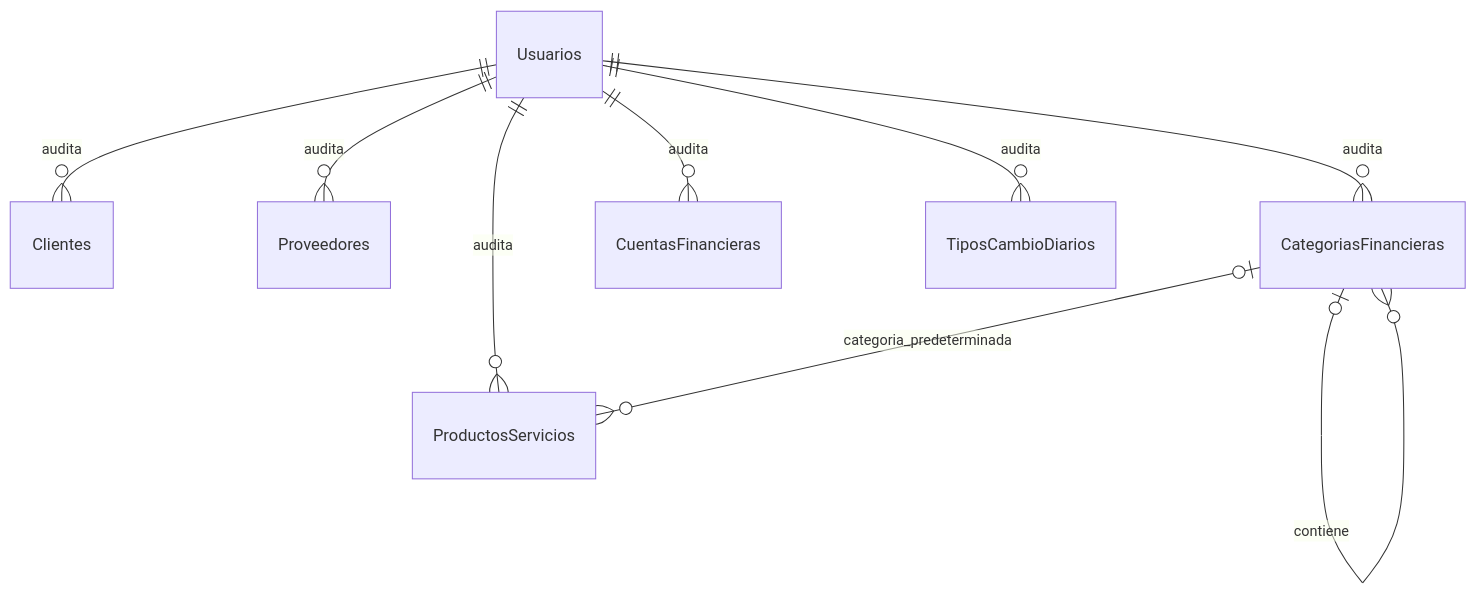
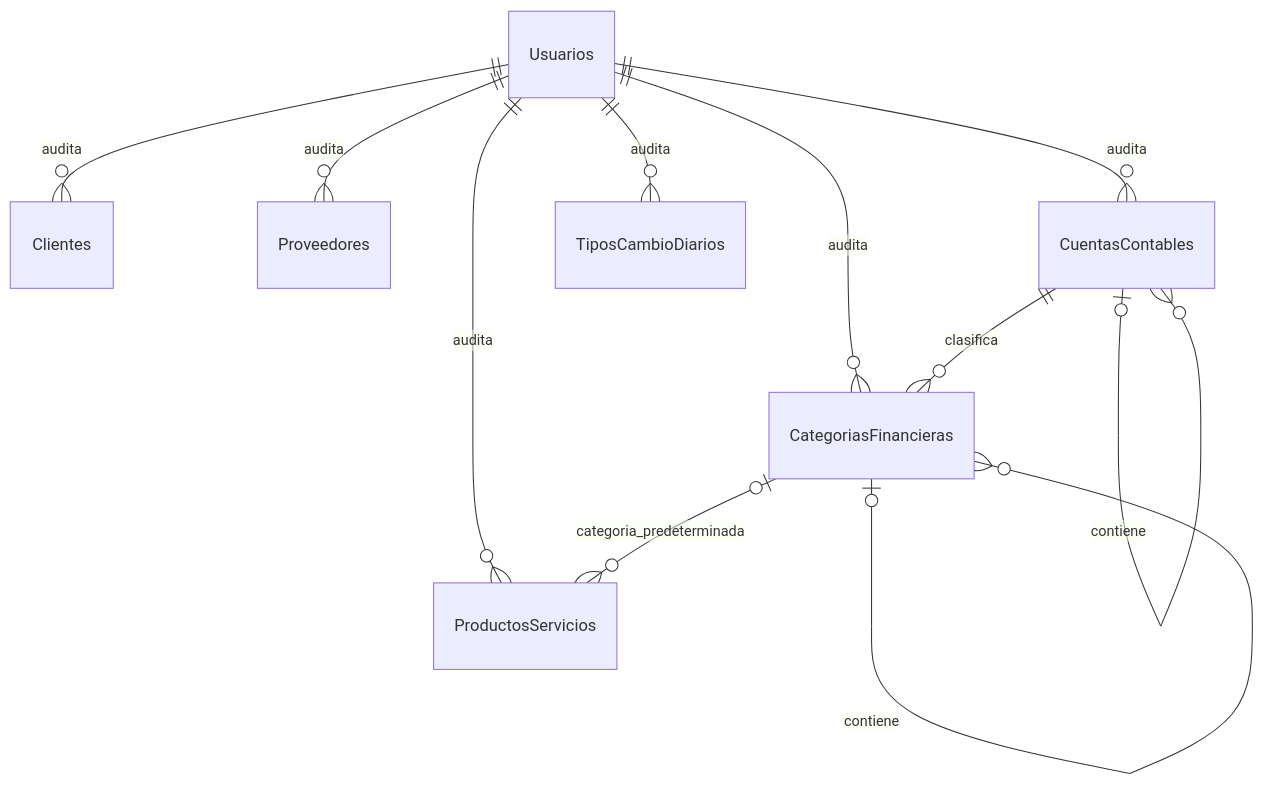
The second of 2 diagrams in docs/05-modelo-datos.md (LuisFMC-CR/sistema-financiero-administrativo), drawn with Mermaid before and after one commit. The commit also changed other lines of this file and 139 other files, not shown here.

````diff
--- a/docs/05-modelo-datos.md
+++ b/docs/05-modelo-datos.md
@@ -100,11 +100,13 @@
 ```mermaid
 erDiagram
     Usuarios ||--o{ Clientes : audita
     Usuarios ||--o{ Proveedores : audita
     Usuarios ||--o{ ProductosServicios : audita
     Usuarios ||--o{ CategoriasFinancieras : audita
-    Usuarios ||--o{ CuentasFinancieras : audita
+    Usuarios ||--o{ CuentasContables : audita
     Usuarios ||--o{ TiposCambioDiarios : audita
     CategoriasFinancieras o|--o{ CategoriasFinancieras : contiene
     CategoriasFinancieras o|--o{ ProductosServicios : categoria_predeterminada
+    CuentasContables o|--o{ CuentasContables : contiene
+    CuentasContables ||--o{ CategoriasFinancieras : clasifica
 ```
````
